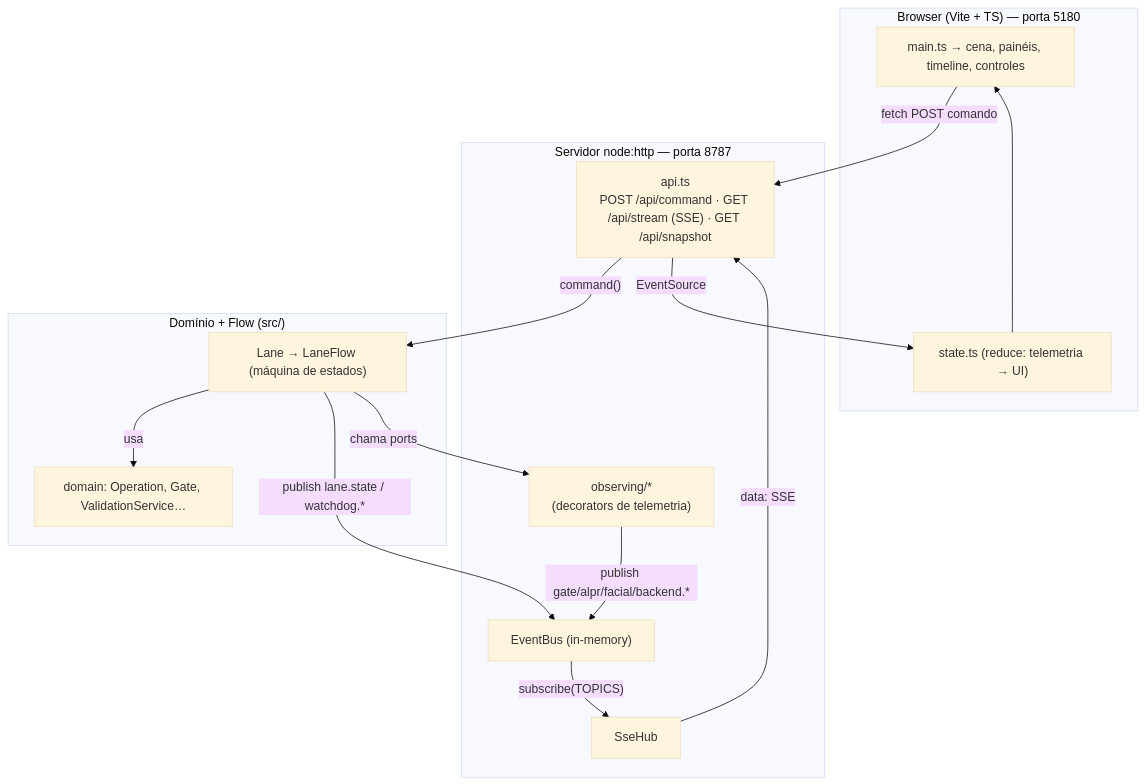
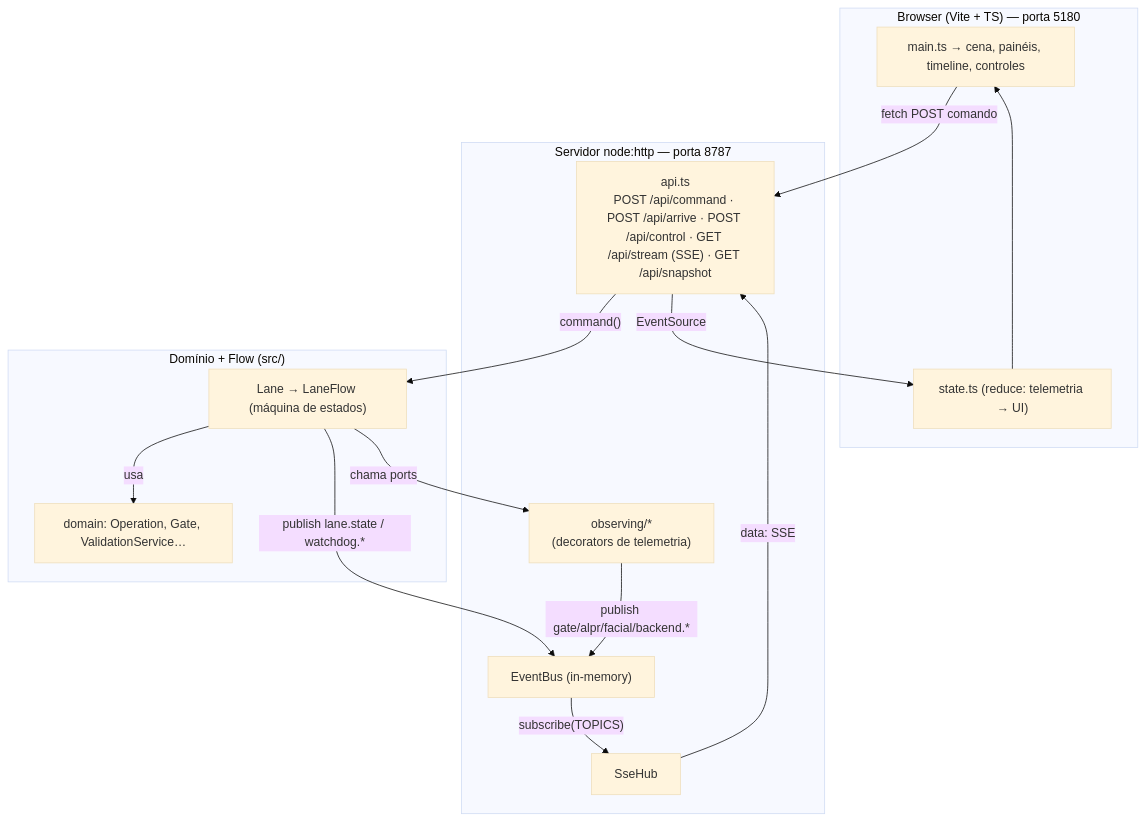
One commit to renanlido/teste_classes changed the second of 7 diagrams in README.md. Above: the diagram before and after it, drawn with Mermaid (base theme). The commit also changed other lines of this file, not shown here.

````diff
--- a/README.md
+++ b/README.md
@@ -41,28 +50,28 @@
 ```mermaid
 flowchart TB
   subgraph Browser["Browser (Vite + TS) — porta 5180"]
     UI["main.ts → cena, painéis, timeline, controles"]
     ST["state.ts (reduce: telemetria → UI)"]
   end
   subgraph Server["Servidor node:http — porta 8787"]
-    API["api.ts<br/>POST /api/command · GET /api/stream (SSE) · GET /api/snapshot"]
+    API["api.ts<br/>POST /api/command · POST /api/arrive · POST /api/control · GET /api/stream (SSE) · GET /api/snapshot"]
     HUB["SseHub"]
     OBS["observing/*<br/>(decorators de telemetria)"]
     BUS["EventBus (in-memory)"]
   end
   subgraph Core["Domínio + Flow (src/)"]
     LANE["Lane → LaneFlow (máquina de estados)"]
     DOM["domain: Operation, Gate, ValidationService…"]
   end
 
   UI -- "fetch POST comando" --> API
   API -- "command()" --> LANE
   LANE -- "usa" --> DOM
   LANE -- "publish lane.state / watchdog.*" --> BUS
   OBS -- "publish gate/alpr/facial/backend.*" --> BUS
   LANE -- "chama ports" --> OBS
   BUS -- "subscribe(TOPICS)" --> HUB
   HUB -- "data: SSE" --> API
   API -- "EventSource" --> ST
   ST --> UI
 ```
````
